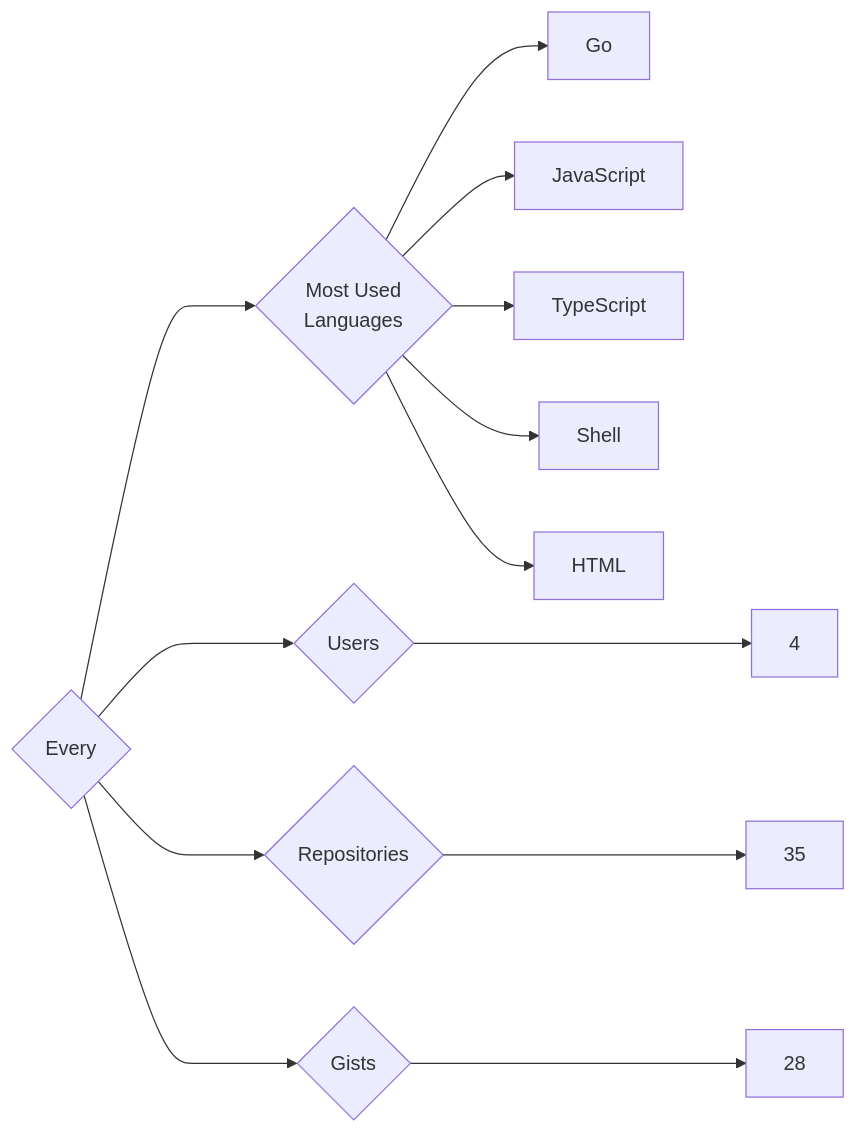
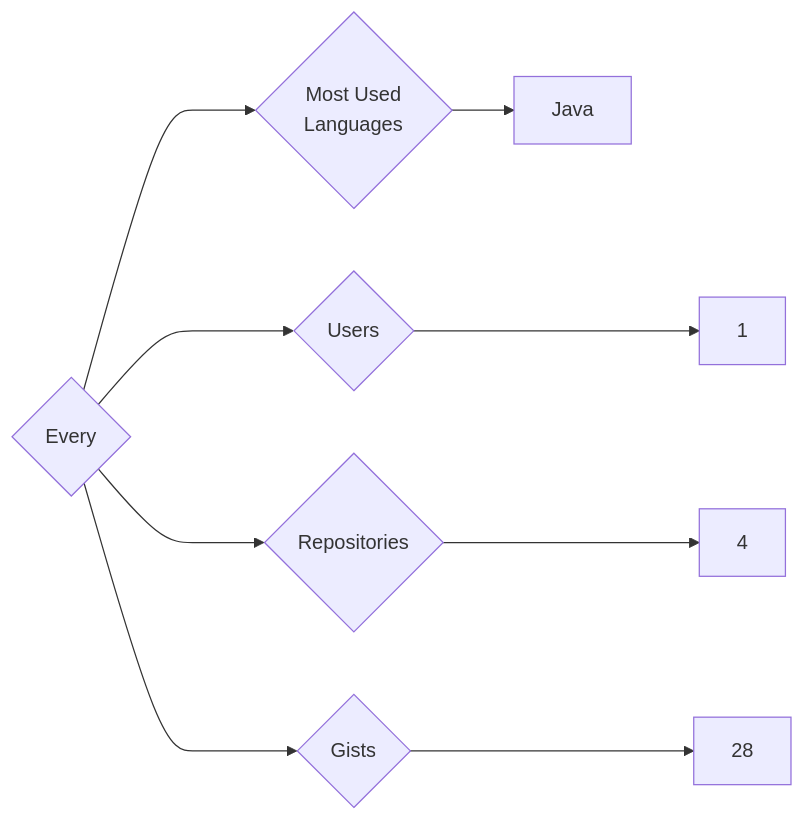
One commit to trickest/insiders changed the diagram in targets/Every/README.md. Above: the diagram before and after it, drawn with Mermaid. The commit also changed 823 other files, not shown here.

````diff
--- a/targets/Every/README.md
+++ b/targets/Every/README.md
@@ -3,13 +3,9 @@
 ```mermaid
 graph LR
 COMPANY_NAME{Every}
-COMPANY_NAME ---> U{Users} ---> UN[4]
-COMPANY_NAME ---> R{Repositories} ---> RN[35]
+COMPANY_NAME ---> U{Users} ---> UN[1]
+COMPANY_NAME ---> R{Repositories} ---> RN[4]
 COMPANY_NAME ---> G{Gists} ---> GN[28]
 COMPANY_NAME ---> ML{Most Used<br>Languages}
-ML --> Go[Go]
-ML --> JavaScript[JavaScript]
-ML --> TypeScript[TypeScript]
-ML --> Shell[Shell]
-ML --> HTML[HTML]
+ML --> Java[Java]
 ```
````
